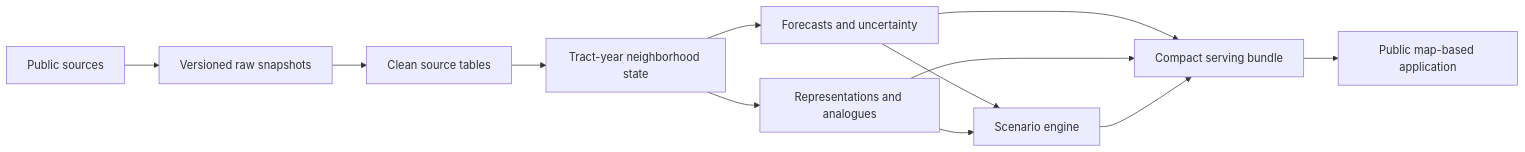
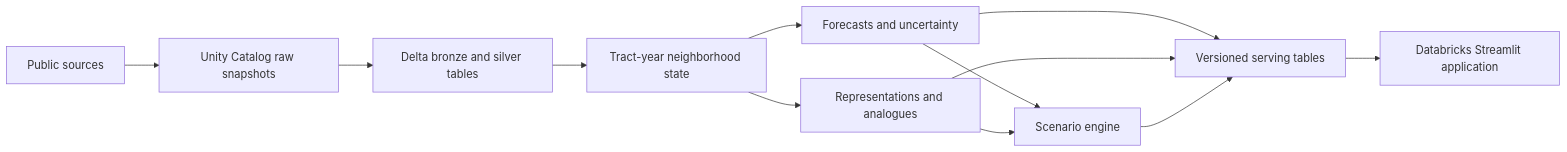
One commit to n-tamm/neighborhood-digital-twin changed the diagram in README.md. Above: the diagram before and after it, drawn with Mermaid. The commit also changed other lines of this file and 17 other files, not shown here.

````diff
--- a/README.md
+++ b/README.md
@@ -41,14 +41,14 @@
 ```mermaid
 flowchart LR
-    S[Public sources] --> B[Versioned raw snapshots]
-    B --> C[Clean source tables]
+    S[Public sources] --> B[Unity Catalog raw snapshots]
+    B --> C[Delta bronze and silver tables]
     C --> G[Tract-year neighborhood state]
     G --> F[Forecasts and uncertainty]
     G --> R[Representations and analogues]
     F --> X[Scenario engine]
     R --> X
-    F --> P[Compact serving bundle]
+    F --> P[Versioned serving tables]
     R --> P
     X --> P
-    P --> A[Public map-based application]
+    P --> A[Databricks Streamlit application]
 ```
````
